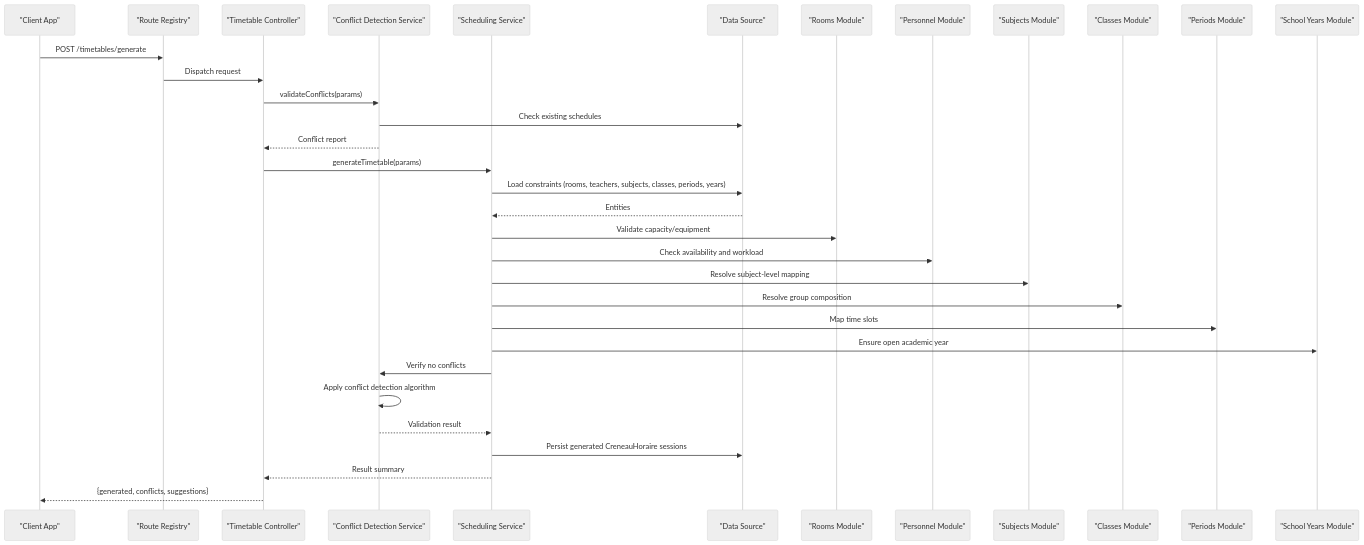
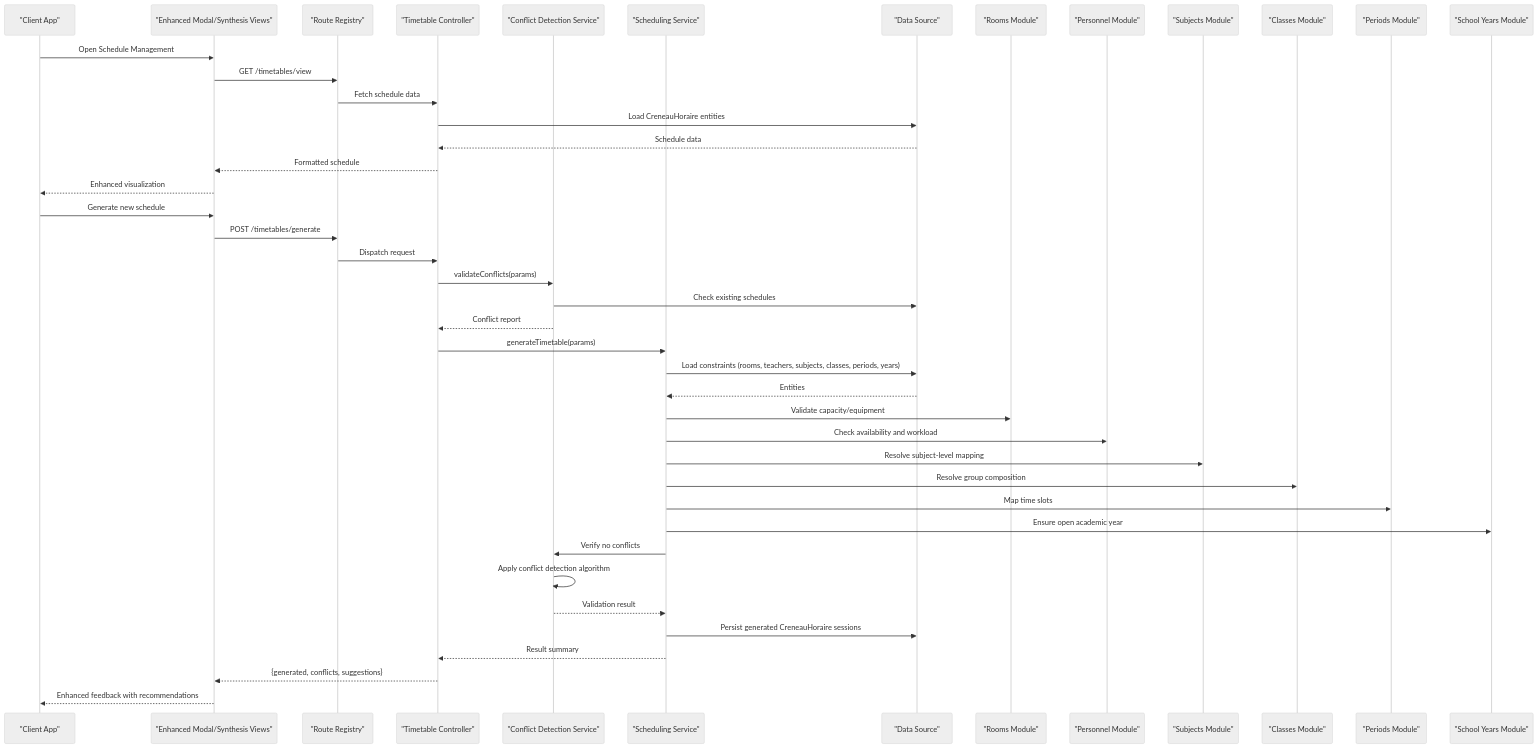
The second of 11 diagrams in .qoder/repowiki/en/content/Academic Management System/Class & Schedule Management/Timetable Creation & Scheduling.md (franckylab/eLISAschool), drawn with Mermaid (neutral theme) before and after one commit. The commit also changed other lines of this file and 49 other files, not shown here.

First line of the commit message:
refactor(timetable): unifier CreneauHoraire pour simplifier la gestion des horaires

````diff
--- a/.qoder/repowiki/en/content/Academic Management System/Class & Schedule Management/Timetable Creation & Scheduling.md
+++ b/.qoder/repowiki/en/content/Academic Management System/Class & Schedule Management/Timetable Creation & Scheduling.md
@@ -211,35 +197,45 @@
 ```mermaid
 sequenceDiagram
 participant Client as "Client App"
+participant UI as "Enhanced Modal/Synthesis Views"
 participant API as "Route Registry"
 participant Ctrl as "Timetable Controller"
 participant ConflictSvc as "Conflict Detection Service"
 participant Svc as "Scheduling Service"
 participant DB as "Data Source"
 participant Rooms as "Rooms Module"
 participant Teachers as "Personnel Module"
 participant Subjects as "Subjects Module"
 participant Classes as "Classes Module"
 participant Periods as "Periods Module"
 participant Years as "School Years Module"
-Client->>API : POST /timetables/generate
+Client->>UI : Open Schedule Management
+UI->>API : GET /timetables/view
+API->>Ctrl : Fetch schedule data
+Ctrl->>DB : Load CreneauHoraire entities
+DB-->>Ctrl : Schedule data
+Ctrl-->>UI : Formatted schedule
+UI-->>Client : Enhanced visualization
+Client->>UI : Generate new schedule
+UI->>API : POST /timetables/generate
 API->>Ctrl : Dispatch request
 Ctrl->>ConflictSvc : validateConflicts(params)
 ConflictSvc->>DB : Check existing schedules
 ConflictSvc-->>Ctrl : Conflict report
 Ctrl->>Svc : generateTimetable(params)
 Svc->>DB : Load constraints (rooms, teachers, subjects, classes, periods, years)
 DB-->>Svc : Entities
 Svc->>Rooms : Validate capacity/equipment
 Svc->>Teachers : Check availability and workload
 Svc->>Subjects : Resolve subject-level mapping
 Svc->>Classes : Resolve group composition
 Svc->>Periods : Map time slots
 Svc->>Years : Ensure open academic year
 Svc->>ConflictSvc : Verify no conflicts
 ConflictSvc->>ConflictSvc : Apply conflict detection algorithm
 ConflictSvc-->>Svc : Validation result
 Svc->>DB : Persist generated CreneauHoraire sessions
 Svc-->>Ctrl : Result summary
-Ctrl-->>Client : {generated, conflicts, suggestions}
+Ctrl-->>UI : {generated, conflicts, suggestions}
+UI-->>Client : Enhanced feedback with recommendations
 ```
````
